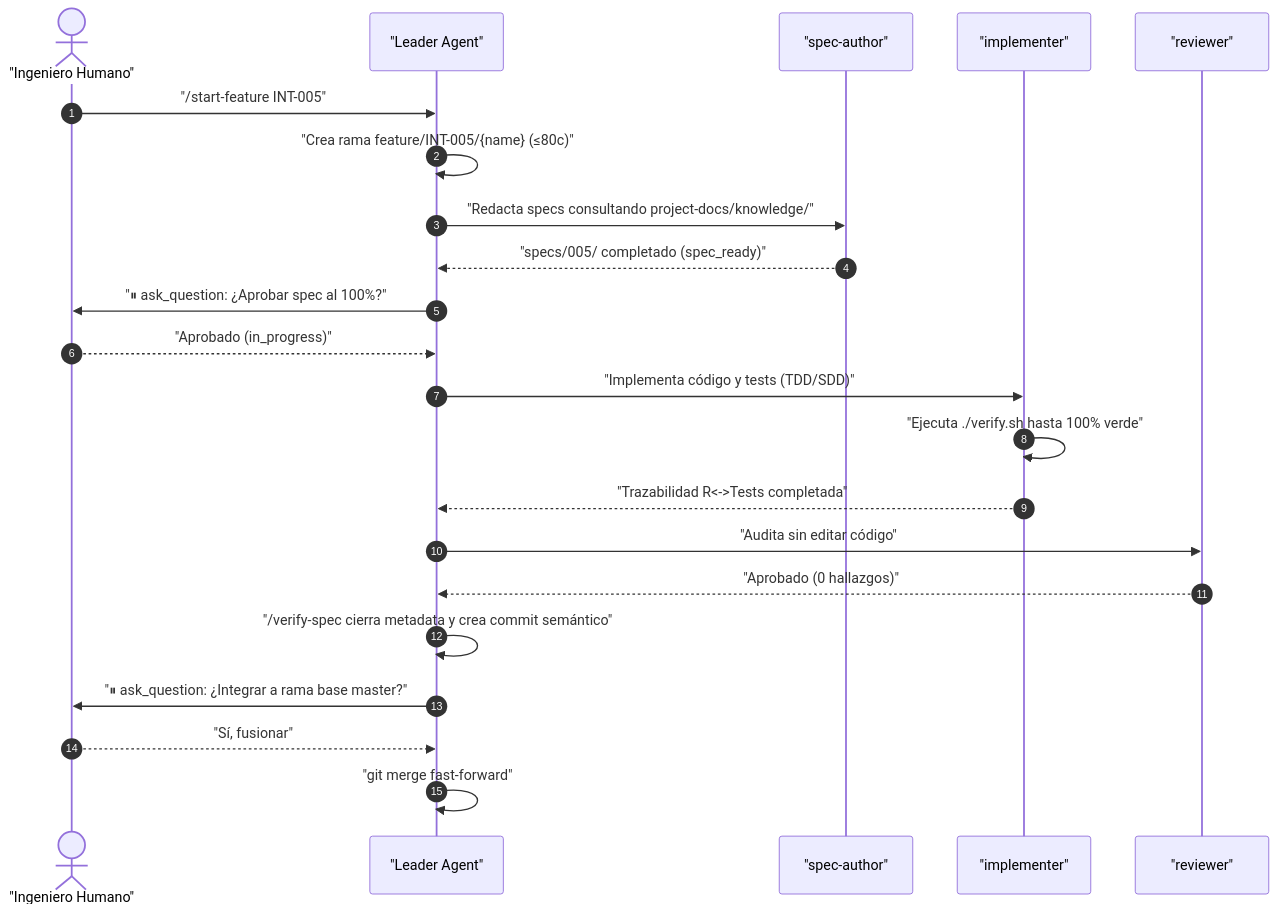
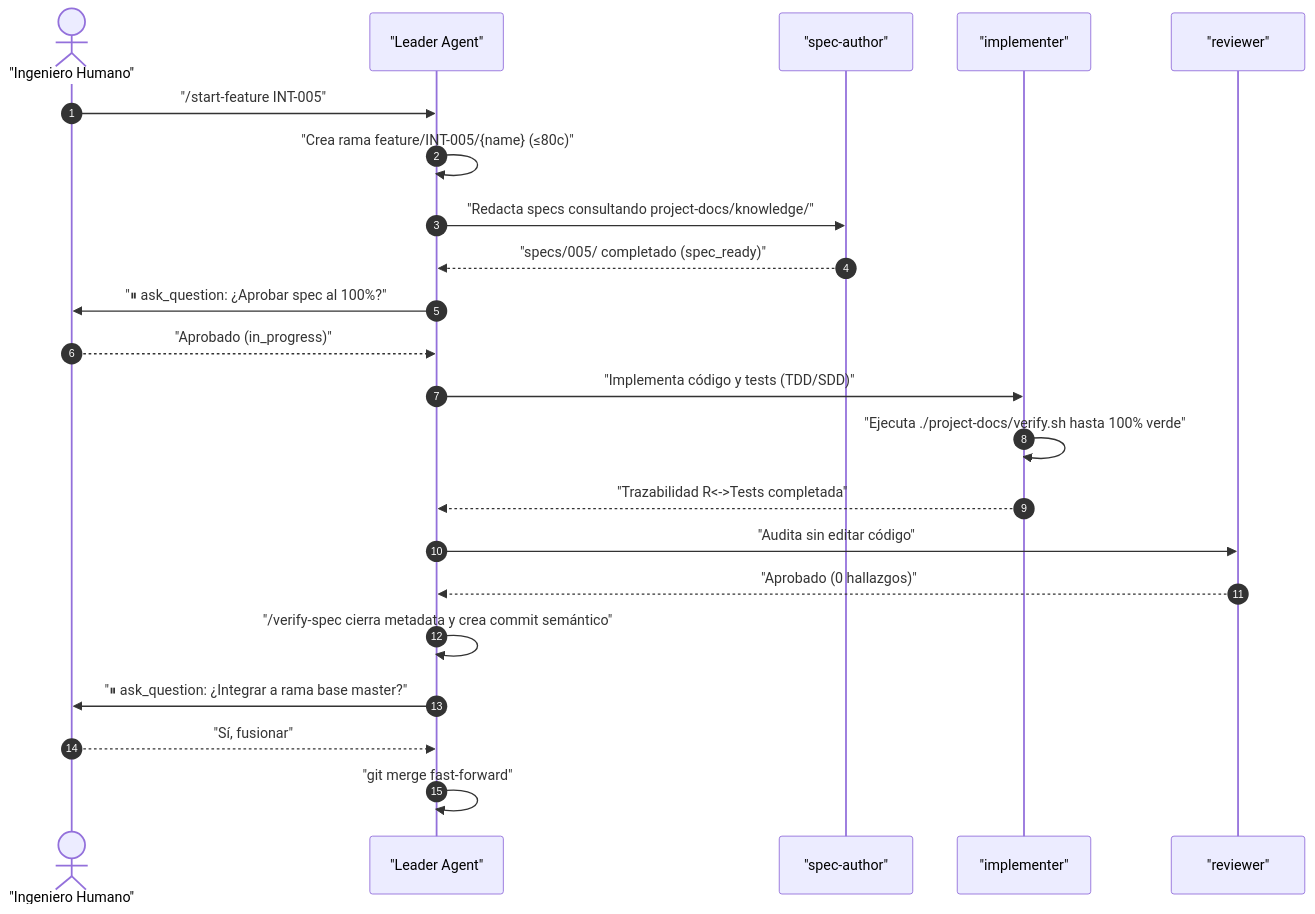
The third of 4 diagrams in project-docs/knowledge/03-capabilities-and-features.md (Nayid4/ContextForge), drawn with Mermaid before and after one commit. The commit also changed other lines of this file and 106 other files, not shown here.

Commit message:
feat(harness): encapsulate specs, verify.sh and project-spec in project-docs

````diff
--- a/project-docs/knowledge/03-capabilities-and-features.md
+++ b/project-docs/knowledge/03-capabilities-and-features.md
@@ -235,25 +235,25 @@
 ```mermaid
 sequenceDiagram
   autonumber
   actor Dev as "Ingeniero Humano"
   participant Leader as "Leader Agent"
   participant Spec as "spec-author"
   participant Impl as "implementer"
   participant Rev as "reviewer"
 
   Dev->>Leader: "/start-feature INT-005"
   Leader->>Leader: "Crea rama feature/INT-005/{name} (≤80c)"
   Leader->>Spec: "Redacta specs consultando project-docs/knowledge/"
   Spec-->>Leader: "specs/005/ completado (spec_ready)"
   Leader->>Dev: "⏸ ask_question: ¿Aprobar spec al 100%?"
   Dev-->>Leader: "Aprobado (in_progress)"
   Leader->>Impl: "Implementa código y tests (TDD/SDD)"
-  Impl->>Impl: "Ejecuta ./verify.sh hasta 100% verde"
+  Impl->>Impl: "Ejecuta ./project-docs/verify.sh hasta 100% verde"
   Impl-->>Leader: "Trazabilidad R<->Tests completada"
   Leader->>Rev: "Audita sin editar código"
   Rev-->>Leader: "Aprobado (0 hallazgos)"
   Leader->>Leader: "/verify-spec cierra metadata y crea commit semántico"
   Leader->>Dev: "⏸ ask_question: ¿Integrar a rama base master?"
   Dev-->>Leader: "Sí, fusionar"
   Leader->>Leader: "git merge fast-forward"
 ```
````
